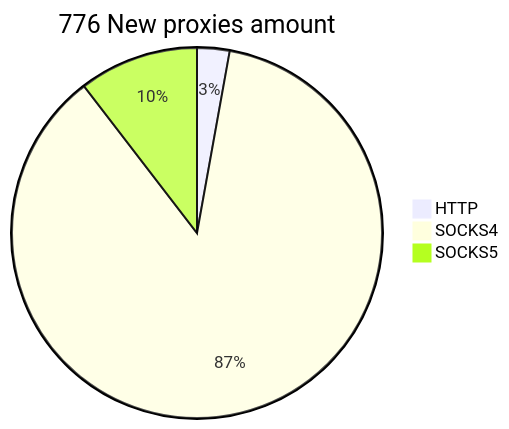
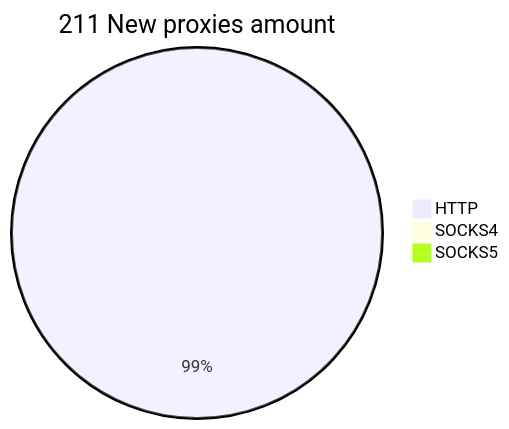
The second of 2 diagrams in README.md (cutipu/proxylist), drawn with Mermaid before and after one commit. The commit also changed other lines of this file, not shown here.

````diff
--- a/README.md
+++ b/README.md
@@ -10,6 +10,6 @@
 ```mermaid
-pie title 776 New proxies amount
-    "HTTP" : 22
-    "SOCKS4" : 673
-    "SOCKS5" : 81
+pie title 211 New proxies amount
+    "HTTP" : 211
+    "SOCKS4" : 2
+    "SOCKS5" : 0
 ```
````
